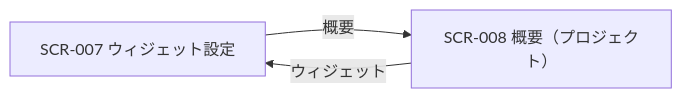
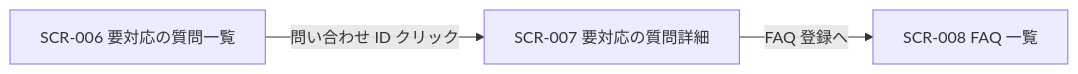
One commit to sikakou54/open-faq changed the diagram in 02_basic_design/01_screens/SCR-007.md. Above: the diagram before and after it, drawn with Mermaid. The commit also changed other lines of this file and 617 other files, not shown here.

````diff
--- a/02_basic_design/01_screens/SCR-007.md
+++ b/02_basic_design/01_screens/SCR-007.md
@@ -36,7 +37,8 @@
 ```mermaid
 flowchart LR
-  S7["SCR-007 ウィジェット設定"]
-  S8["SCR-008 概要（プロジェクト）"]
-  S8 -->|ウィジェット| S7
-  S7 -->|概要| S8
+  S0["SCR-006 要対応の質問一覧"]
+  S1["SCR-007 要対応の質問詳細"]
+  S6["SCR-008 FAQ 一覧"]
+  S0 -->|問い合わせ ID クリック| S1
+  S1 -->|FAQ 登録へ| S6
 ```
````
